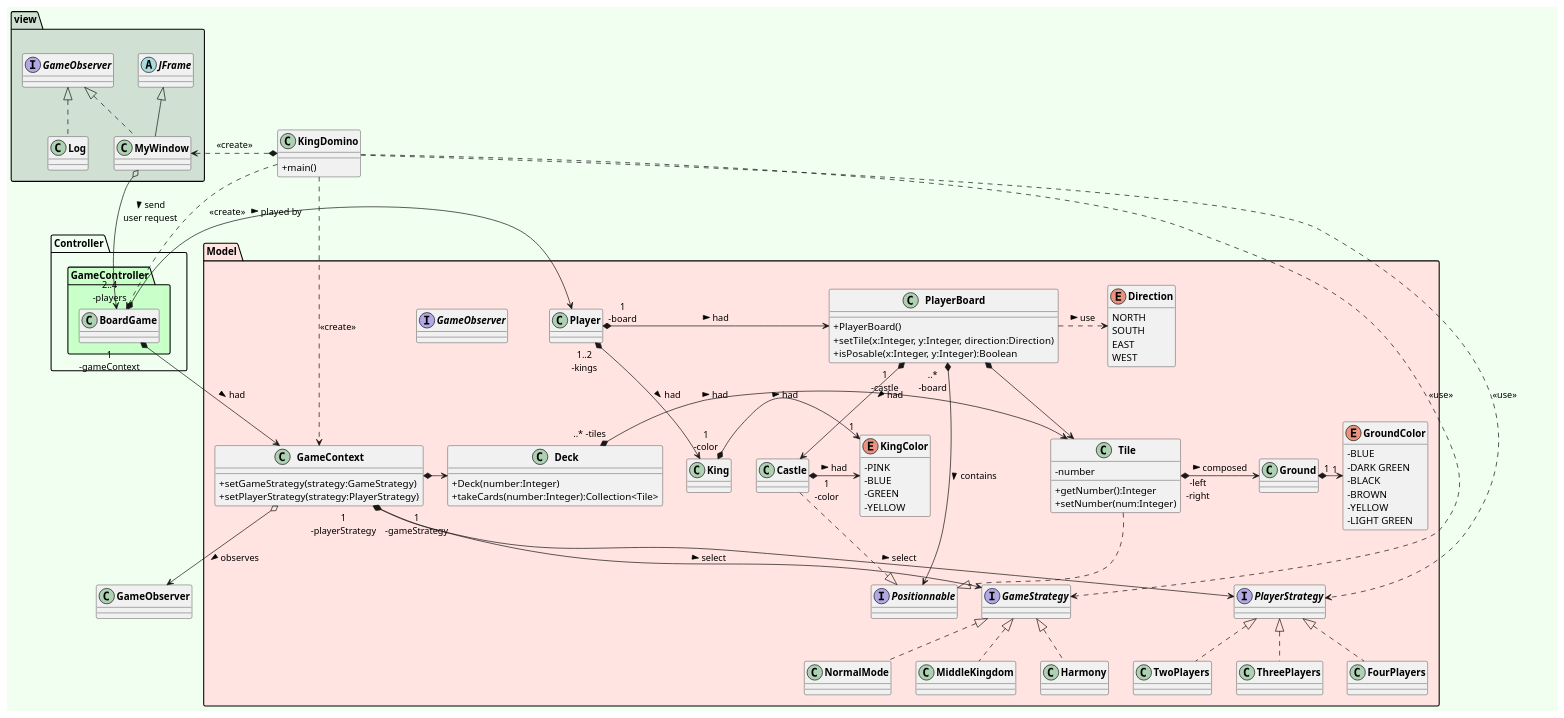
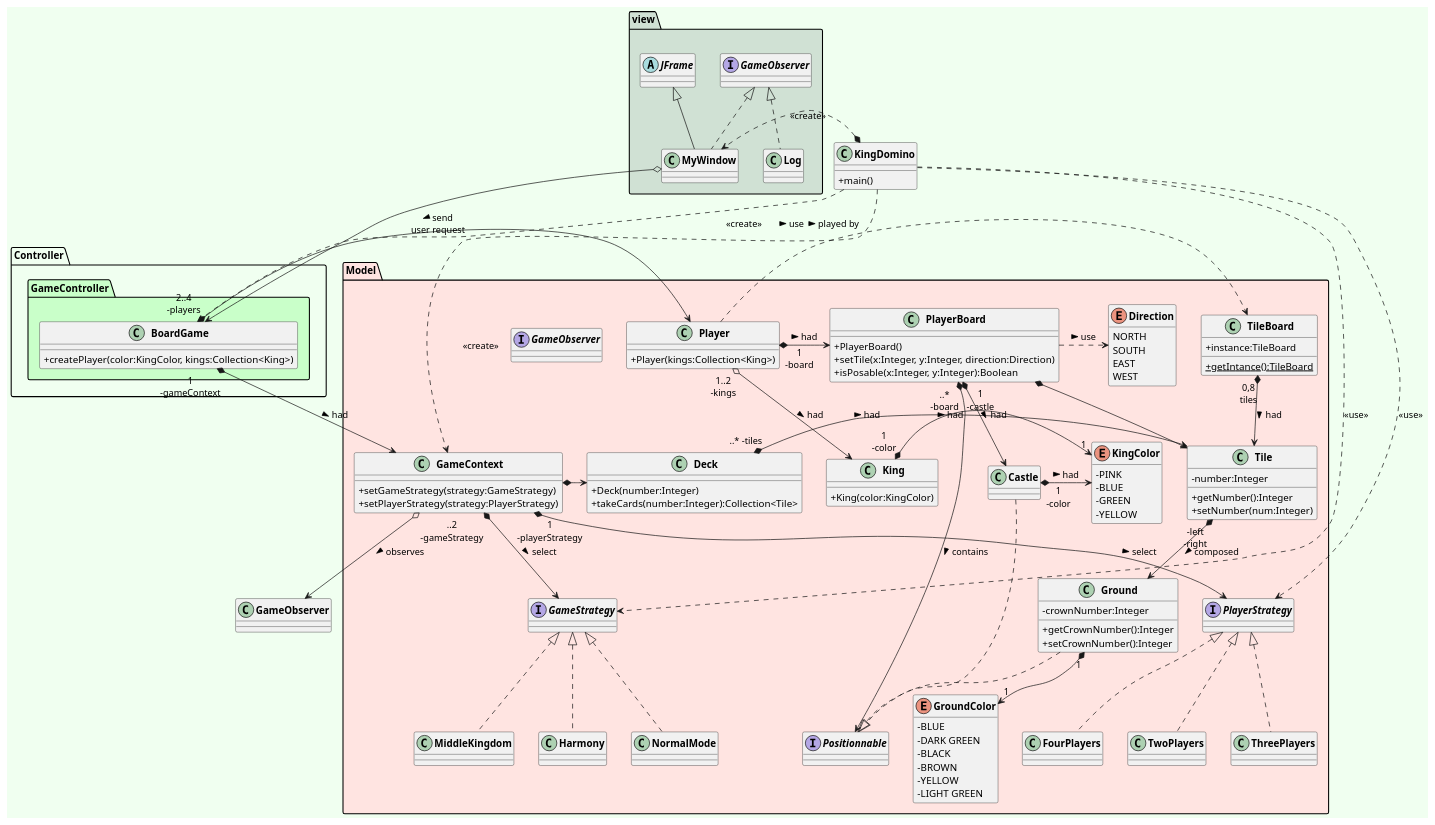
One commit to ErenMustafaGit/Kingdomino changed the diagram in kingdomino/UML/View.puml. Above: the diagram before and after it, drawn with PlantUML. The commit also changed 2 other files, not shown here.

Commit message:
Added function into UML

```diff
--- a/kingdomino/UML/View.puml
+++ b/kingdomino/UML/View.puml
@@ -16,6 +16,8 @@
 package GameController #technology{
     ' plateau de jeu
     class BoardGame{
+
+        +createPlayer(color:KingColor, kings:Collection<King>)
 
     }
 }
@@ -50,14 +52,16 @@
     'tuiles numéroté
     class Tile {
 
-        -number
+        -number:Integer
         +getNumber():Integer
         +setNumber(num:Integer)
 
     }
     'coté de la tuile (droite ou gauche)
     class Ground{
-
+        -crownNumber:Integer
+        +getCrownNumber():Integer
+        +setCrownNumber():Integer
     }
     'couleur des cotés de la tuile
     enum GroundColor{
@@ -96,6 +100,12 @@
 'aussi le score final
     }
 
+    class TileBoard{
+
+        +instance:TileBoard
+        {static}+getIntance():TileBoard
+    }
+
 
 
 
@@ -117,11 +127,12 @@
 
     'joueur
     class Player{
-
+        +Player(kings:Collection<King>)
     }
 
     'roi
     class King{
+        +King(color:KingColor)
     }
     'class chateau
     class Castle {
@@ -154,24 +165,28 @@
 }
 
 
-Tile ..|> Positionnable
+Ground ..|> Positionnable
 Castle ..|> Positionnable
 PlayerBoard "..*\n-board" *-r-> Positionnable : > contains
 
 Deck "..* -tiles" *-> Tile : > had
-Ground "1"*->"1"GroundColor
-Tile *->Ground : "-left\n-right" > composed
+Ground "1"*-->"1"GroundColor
+Tile *-->Ground : "-left\n-right" > composed
+
+
+TileBoard *--> Tile : "0,8\ntiles" > had
 
 
 GameContext *-> Deck
-GameContext *--> GameStrategy  : "1\n-gameStrategy" > select
+GameContext *--> GameStrategy  : "..2\n-gameStrategy" > select
 GameContext *--> PlayerStrategy : "1\n-playerStrategy" > select
 
 BoardGame  *-> Player : "2..4\n-players" > played by
 BoardGame *--> GameContext : "1\n-gameContext" > had
 
+Player .> TileBoard : > use
 Player *-> PlayerBoard : "1\n-board" > had
-Player  *--> King : "1..2\n-kings" > had
+Player  o--> King : "1..2\n-kings" > had
 PlayerBoard *--> Tile
 PlayerBoard "1\n-castle" *-> Castle : > had
 
```
